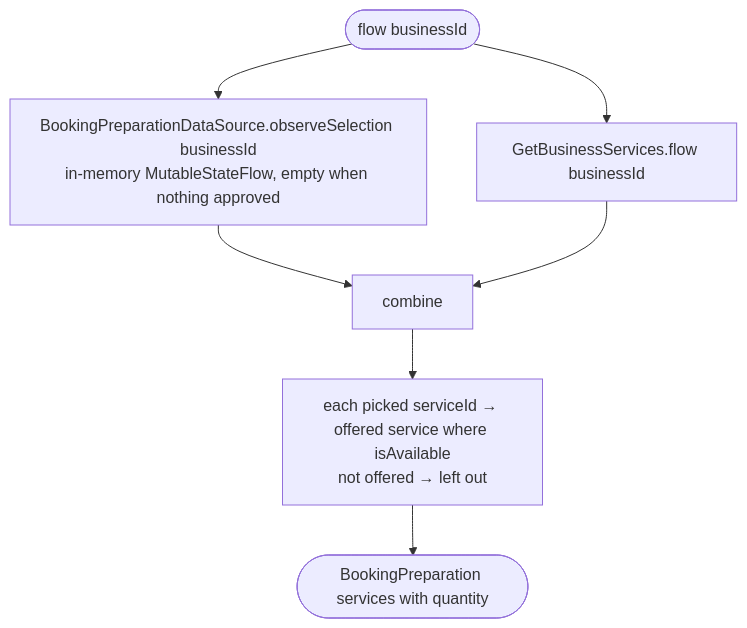
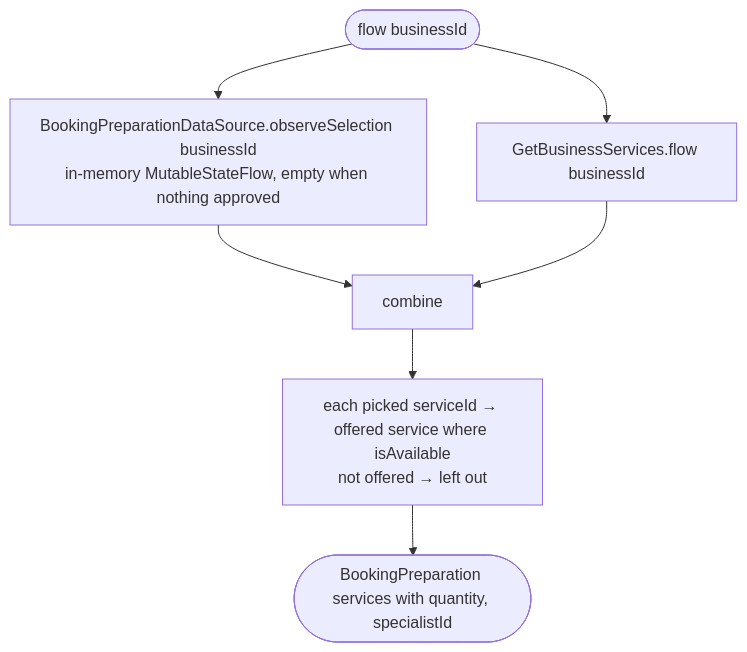
The diagram in docs/operations/booking/get-booking-preparation.md (nocturneproperties/bookkme-client), drawn with Mermaid before and after one commit. The commit also changed other lines of this file and 76 other files, not shown here.

````diff
--- a/docs/operations/booking/get-booking-preparation.md
+++ b/docs/operations/booking/get-booking-preparation.md
@@ -18,9 +20,9 @@
 ```mermaid
 flowchart TD
     F([flow businessId]) --> Sel[BookingPreparationDataSource.observeSelection businessId<br/>in-memory MutableStateFlow, empty when nothing approved]
     F --> Svc[GetBusinessServices.flow businessId]
     Sel --> C[combine]
     Svc --> C
     C --> Match[each picked serviceId → offered service where isAvailable<br/>not offered → left out]
-    Match --> Out([BookingPreparation services with quantity])
+    Match --> Out([BookingPreparation services with quantity, specialistId])
 ```
````
